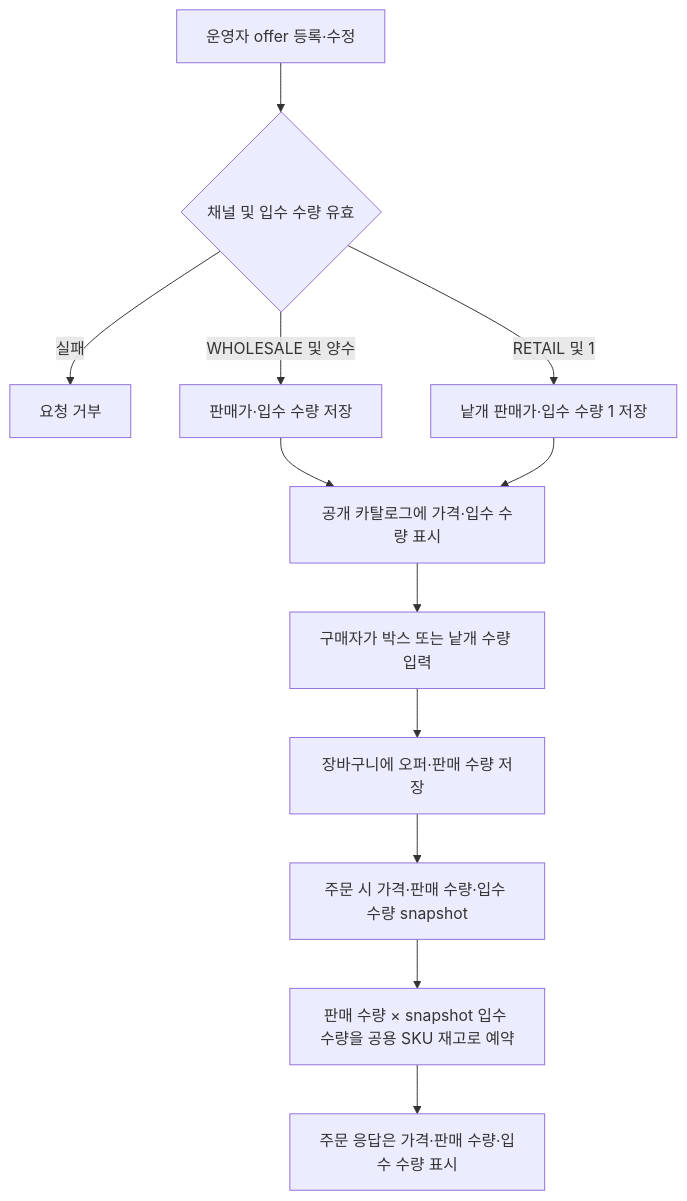
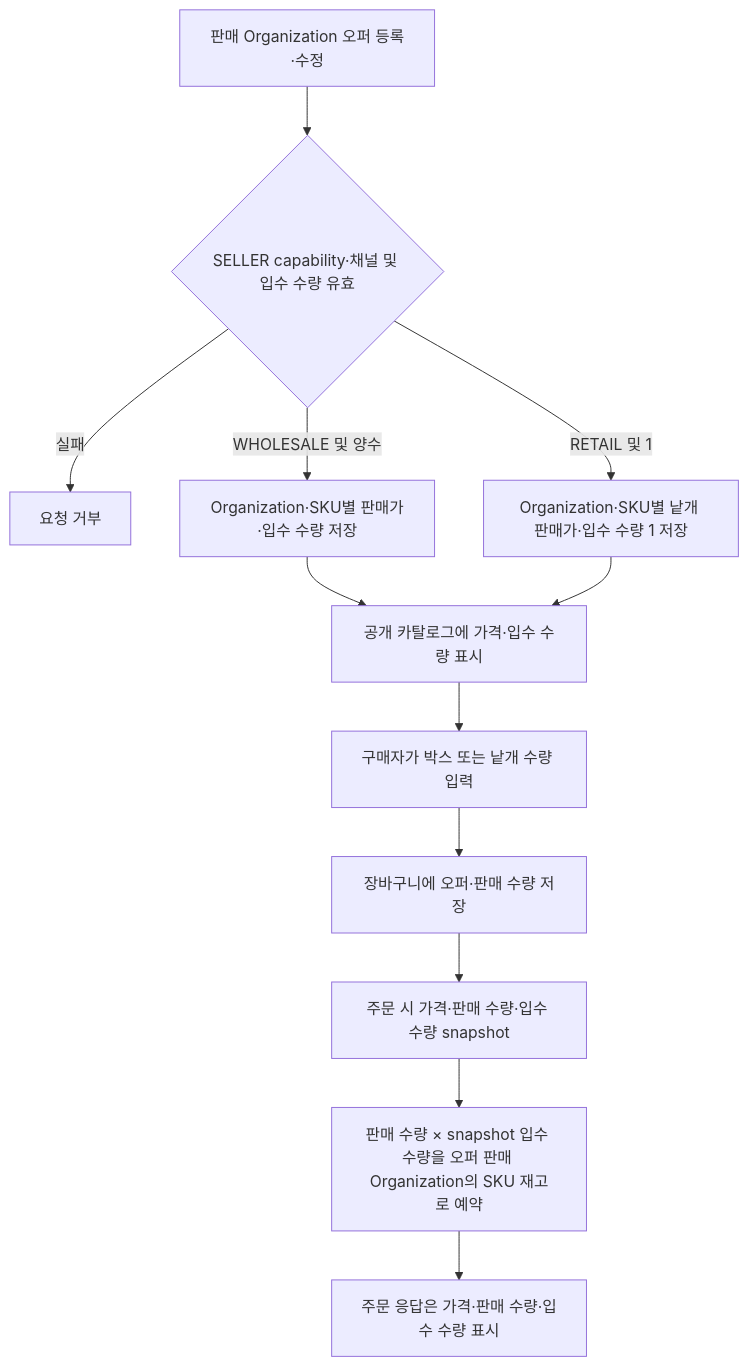
Before and after one commit to DongHyeonEom/umji-market-api: the second of 2 diagrams in docs/services/catalog.md, drawn with Mermaid. The commit also changed other lines of this file and 41 other files, not shown here.

Commit message:
feat: scope catalog and inventory by seller organization

````diff
--- a/docs/services/catalog.md
+++ b/docs/services/catalog.md
@@ -74,14 +86,14 @@
 ```mermaid
 flowchart TD
-    ADMIN[운영자 offer 등록·수정] --> VALIDATE{채널 및 입수 수량 유효}
+    SELLER[판매 Organization 오퍼 등록·수정] --> VALIDATE{SELLER capability·채널 및 입수 수량 유효}
     VALIDATE -- 실패 --> REJECT[요청 거부]
-    VALIDATE -- WHOLESALE 및 양수 --> SAVEBOX[판매가·입수 수량 저장]
-    VALIDATE -- RETAIL 및 1 --> SAVEUNIT[낱개 판매가·입수 수량 1 저장]
+    VALIDATE -- WHOLESALE 및 양수 --> SAVEBOX[Organization·SKU별 판매가·입수 수량 저장]
+    VALIDATE -- RETAIL 및 1 --> SAVEUNIT[Organization·SKU별 낱개 판매가·입수 수량 1 저장]
     SAVEBOX --> CATALOG[공개 카탈로그에 가격·입수 수량 표시]
     SAVEUNIT --> CATALOG
     CATALOG --> BUYER[구매자가 박스 또는 낱개 수량 입력]
     BUYER --> CART[장바구니에 오퍼·판매 수량 저장]
     CART --> CHECKOUT[주문 시 가격·판매 수량·입수 수량 snapshot]
-    CHECKOUT --> RESERVE[판매 수량 × snapshot 입수 수량을 공용 SKU 재고로 예약]
+    CHECKOUT --> RESERVE[판매 수량 × snapshot 입수 수량을 오퍼 판매 Organization의 SKU 재고로 예약]
     RESERVE --> ORDER[주문 응답은 가격·판매 수량·입수 수량 표시]
 ```
````
